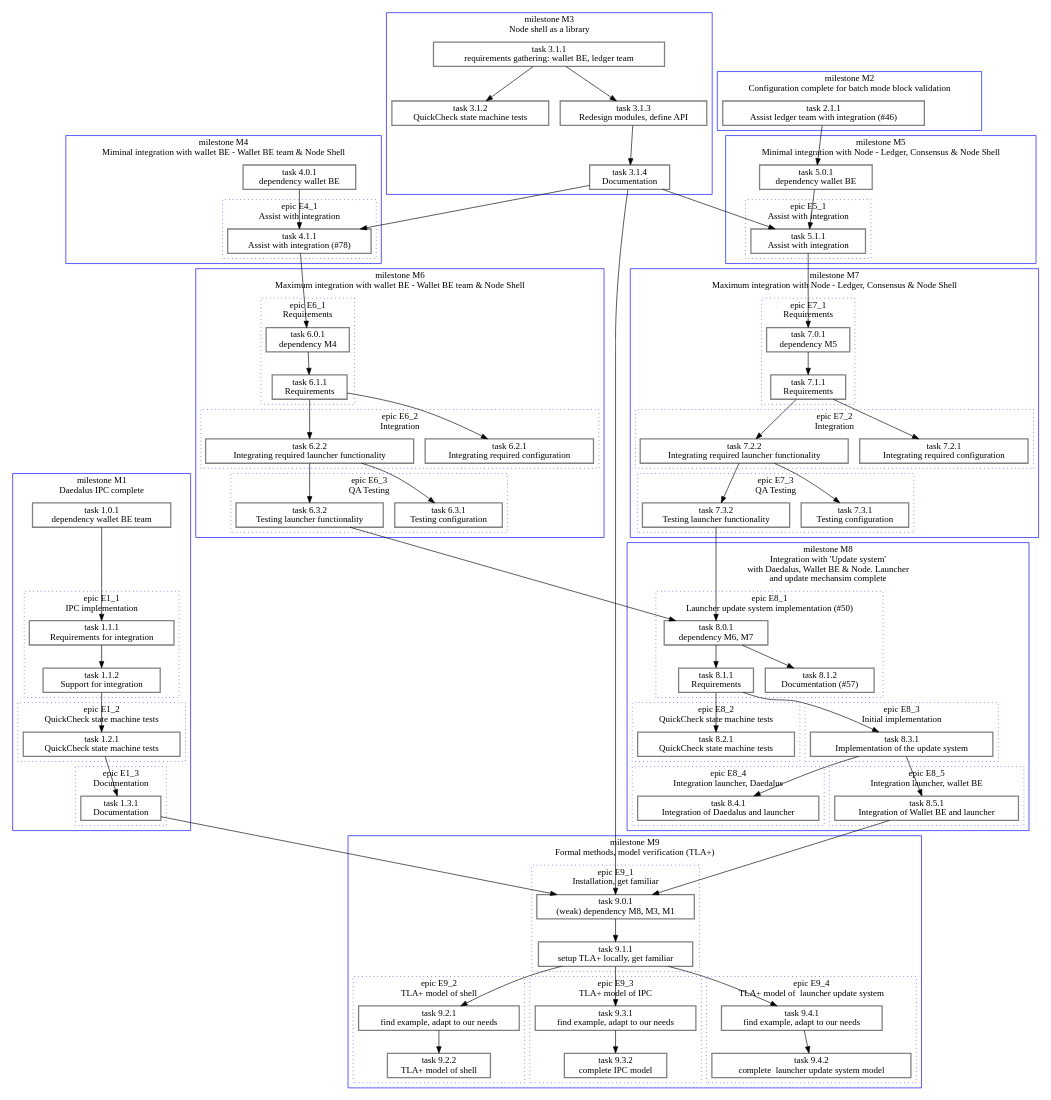
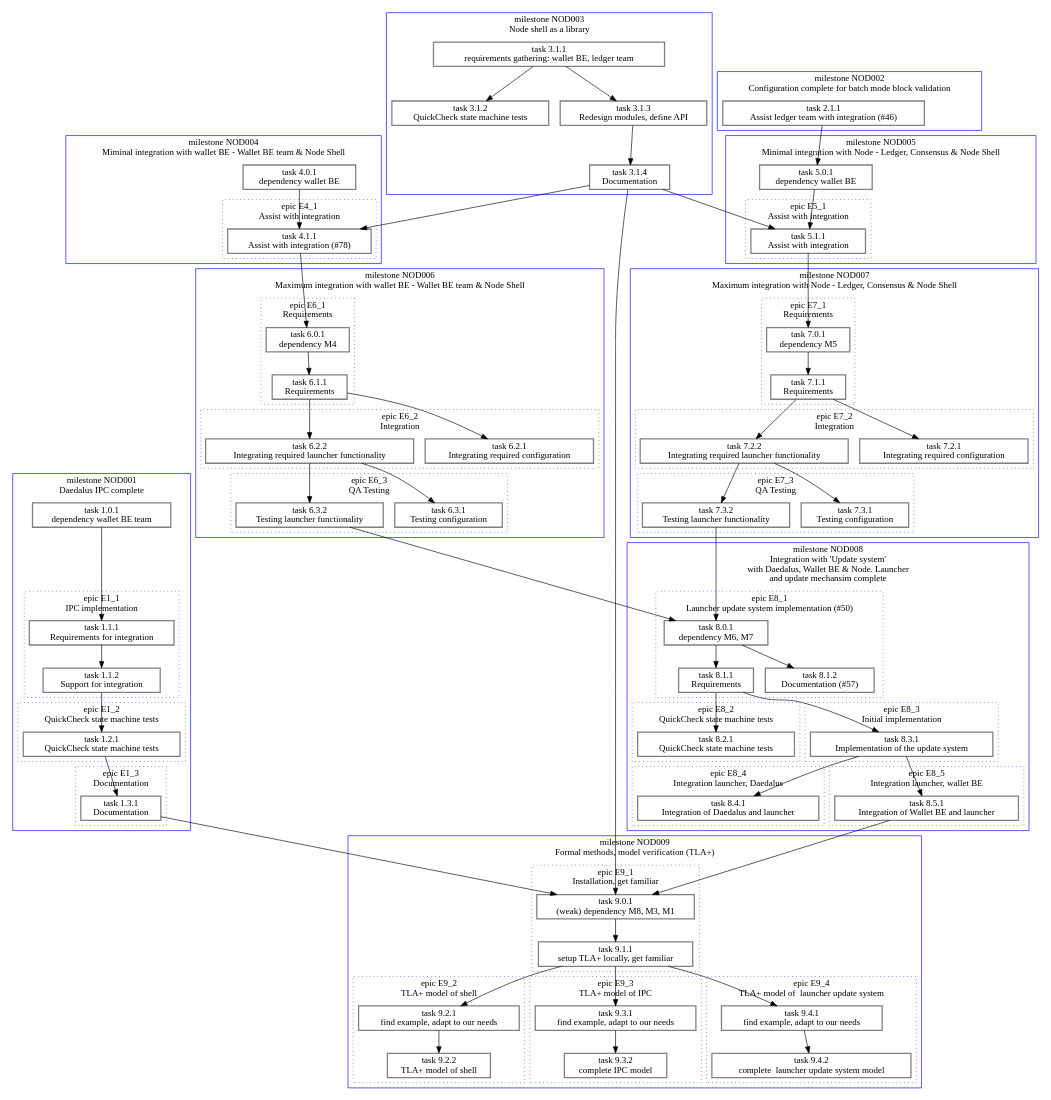
Before and after one commit to input-output-hk/cardano-shell: the diagram in docs/planning/milestones-shell.dot, drawn with Graphviz. The commit also changed 2 other files, not shown here.

```diff
--- a/docs/planning/milestones-shell.dot
+++ b/docs/planning/milestones-shell.dot
@@ -4,7 +4,7 @@
 
   subgraph cluster_M1 {
 
-    label = "milestone M1
+    label = "milestone NOD001
 Daedalus IPC complete";
     graph[rankdir = "TB", color=blue];
 
@@ -51,7 +51,7 @@
 
   subgraph cluster_M2 {
 
-    label = "milestone M2
+    label = "milestone NOD002
 Configuration complete for batch mode block validation";
     graph[rankdir = "TB", color=blue];
 
@@ -61,7 +61,7 @@
 
   subgraph cluster_M3 {
 
-    label = "milestone M3
+    label = "milestone NOD003
 Node shell as a library";
     graph[rankdir = "TB", color=blue];
 
@@ -81,7 +81,7 @@
 
   subgraph cluster_M4 {
 
-    label = "milestone M4
+    label = "milestone NOD004
 Miminal integration with wallet BE - Wallet BE team & Node Shell";
     graph[rankdir = "TB", color=blue];
 
@@ -104,7 +104,7 @@
 
   subgraph cluster_M5 {
 
-    label = "milestone M5
+    label = "milestone NOD005
 Minimal integration with Node - Ledger, Consensus & Node Shell";
     graph[rankdir = "TB", color=blue];
 
@@ -128,7 +128,7 @@
 
   subgraph cluster_M6 {
 
-    label = "milestone M6
+    label = "milestone NOD006
 Maximum integration with wallet BE - Wallet BE team & Node Shell";
     graph[rankdir = "TB", color=blue];
 
@@ -179,7 +179,7 @@
 
   subgraph cluster_M7 {
 
-    label = "milestone M7
+    label = "milestone NOD007
 Maximum integration with Node - Ledger, Consensus & Node Shell";
     graph[rankdir = "TB", color=blue];
 
@@ -229,7 +229,7 @@
 
   subgraph cluster_M8 {
 
-    label = "milestone M8
+    label = "milestone NOD008
 Integration with 'Update system'
 with Daedalus, Wallet BE & Node. Launcher
 and update mechansim complete";
@@ -303,7 +303,7 @@
 
   subgraph cluster_M9 {
 
-    label = "milestone M9
+    label = "milestone NOD009
 Formal methods, model verification (TLA+)";
     graph[rankdir = "TB", color=blue];
 
```
